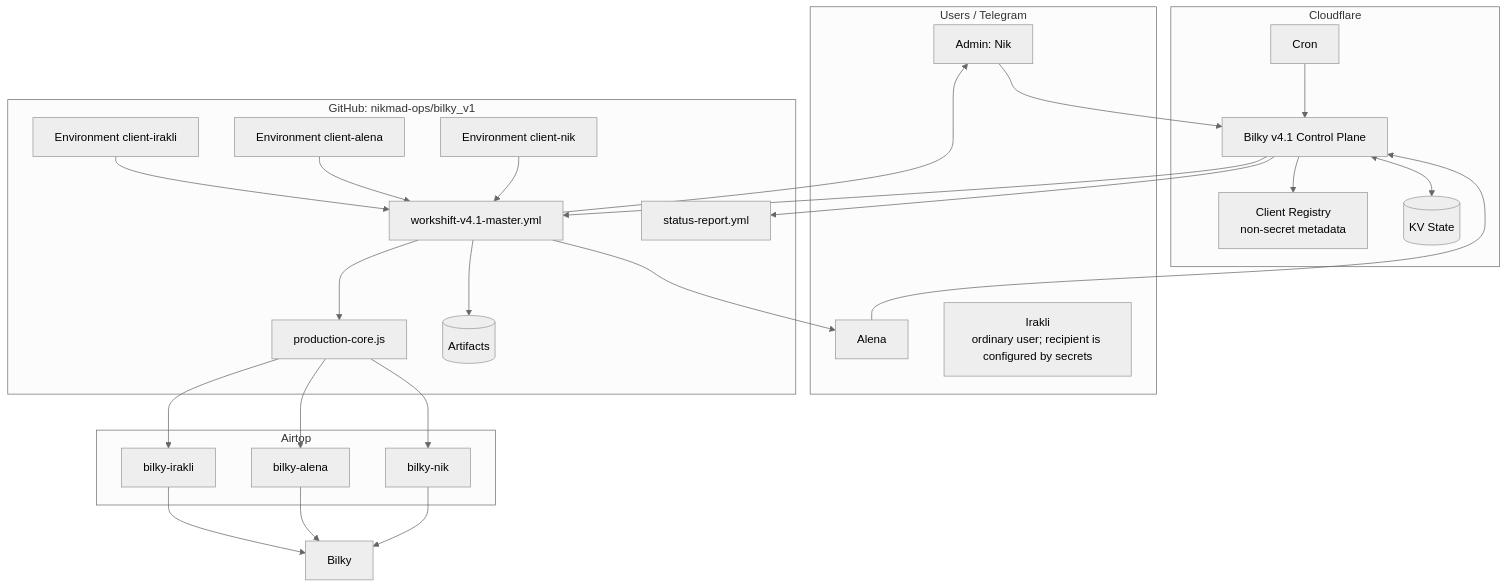
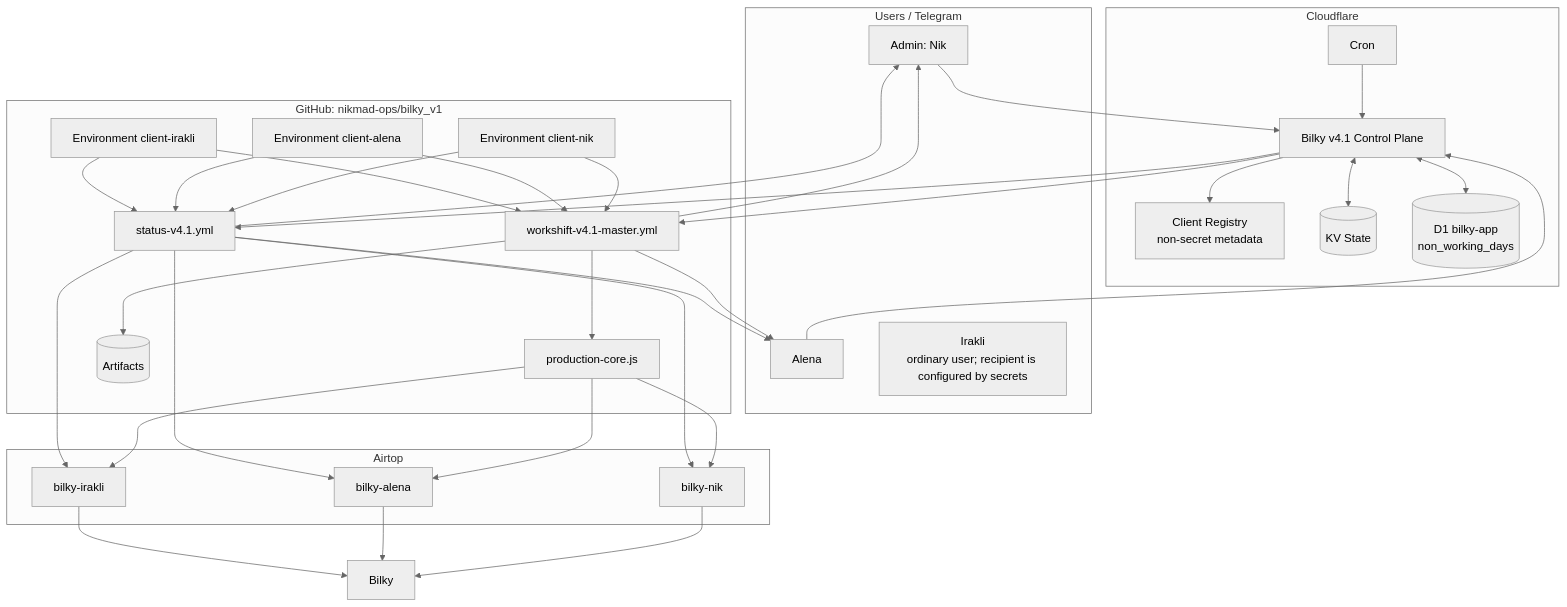
One commit to nikmad-ops/bilky_v1 changed the second of 4 diagrams in docs/bilky-v4.1-multi-user-architecture.md. Above: the diagram before and after it, drawn with Mermaid (neutral theme). The commit also changed other lines of this file, not shown here.

Commit message:
docs: document D1 non-working day calendar

````diff
--- a/docs/bilky-v4.1-multi-user-architecture.md
+++ b/docs/bilky-v4.1-multi-user-architecture.md
@@ -352,55 +385,68 @@
 ```mermaid
 flowchart TB
     subgraph Users["Users / Telegram"]
       ADMIN[Admin: Nik]
       ALENA[Alena]
       IRAKLI[Irakli<br/>ordinary user; recipient is configured by secrets]
     end
 
     subgraph CF["Cloudflare"]
       CP[Bilky v4.1 Control Plane]
       REG[Client Registry<br/>non-secret metadata]
       KV[(KV State)]
+      D1[(D1 bilky-app<br/>non_working_days)]
       CRON[Cron]
     end
 
     subgraph GH["GitHub: nikmad-ops/bilky_v1"]
       WF[workshift-v4.1-master.yml]
       CORE[production-core.js]
-      STATUS[status-report.yml]
+      STATUS[status-v4.1.yml]
       ART[(Artifacts)]
       ENVN[Environment client-nik]
       ENVA[Environment client-alena]
       ENVI[Environment client-irakli]
     end
 
     subgraph AT["Airtop"]
       PN[bilky-nik]
       PA[bilky-alena]
       PI[bilky-irakli]
     end
 
     BK[Bilky]
 
     CRON --> CP
     ADMIN --> CP
     ALENA --> CP
     CP --> REG
     CP <--> KV
+    CP <--> D1
     CP --> WF
     CP --> STATUS
 
     ENVN --> WF
     ENVA --> WF
     ENVI --> WF
+    ENVN --> STATUS
+    ENVA --> STATUS
+    ENVI --> STATUS
+
     WF --> CORE
     CORE --> PN
     CORE --> PA
     CORE --> PI
+    STATUS --> PN
+    STATUS --> PA
+    STATUS --> PI
+
     PN --> BK
     PA --> BK
     PI --> BK
+
     WF --> ART
     WF --> ADMIN
     WF --> ALENA
+    STATUS --> ADMIN
+    STATUS --> ALENA
 ```
````
